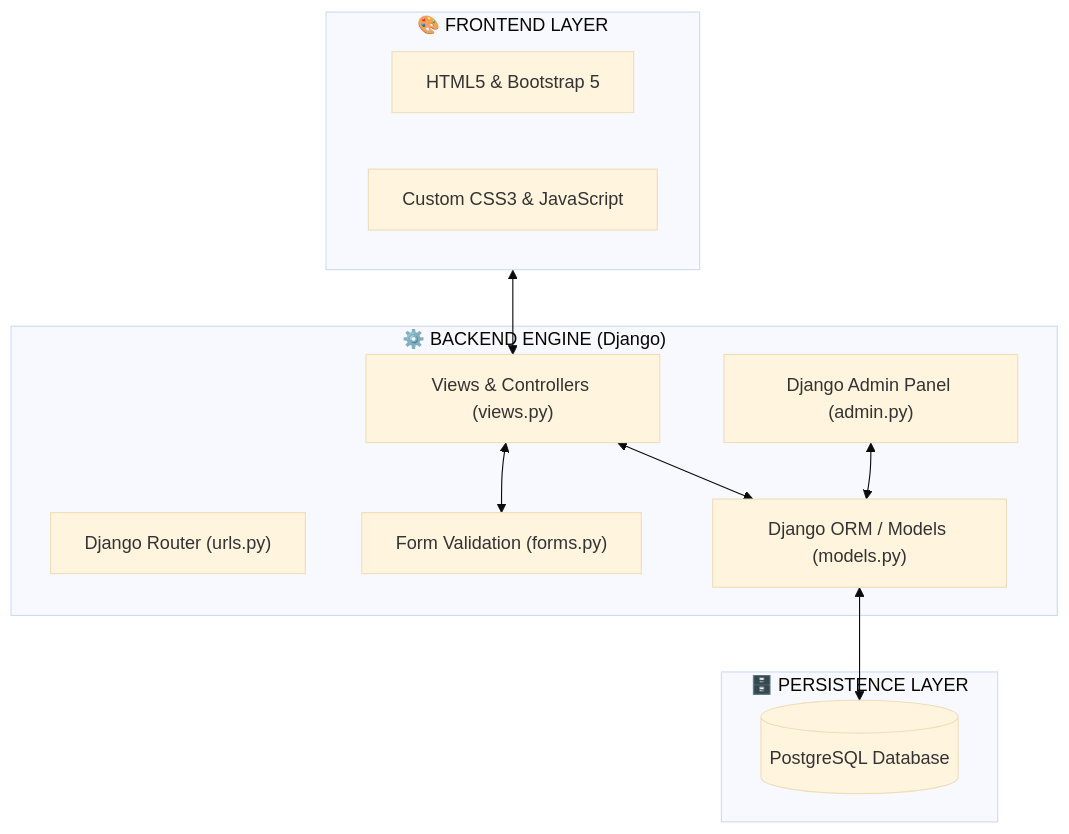
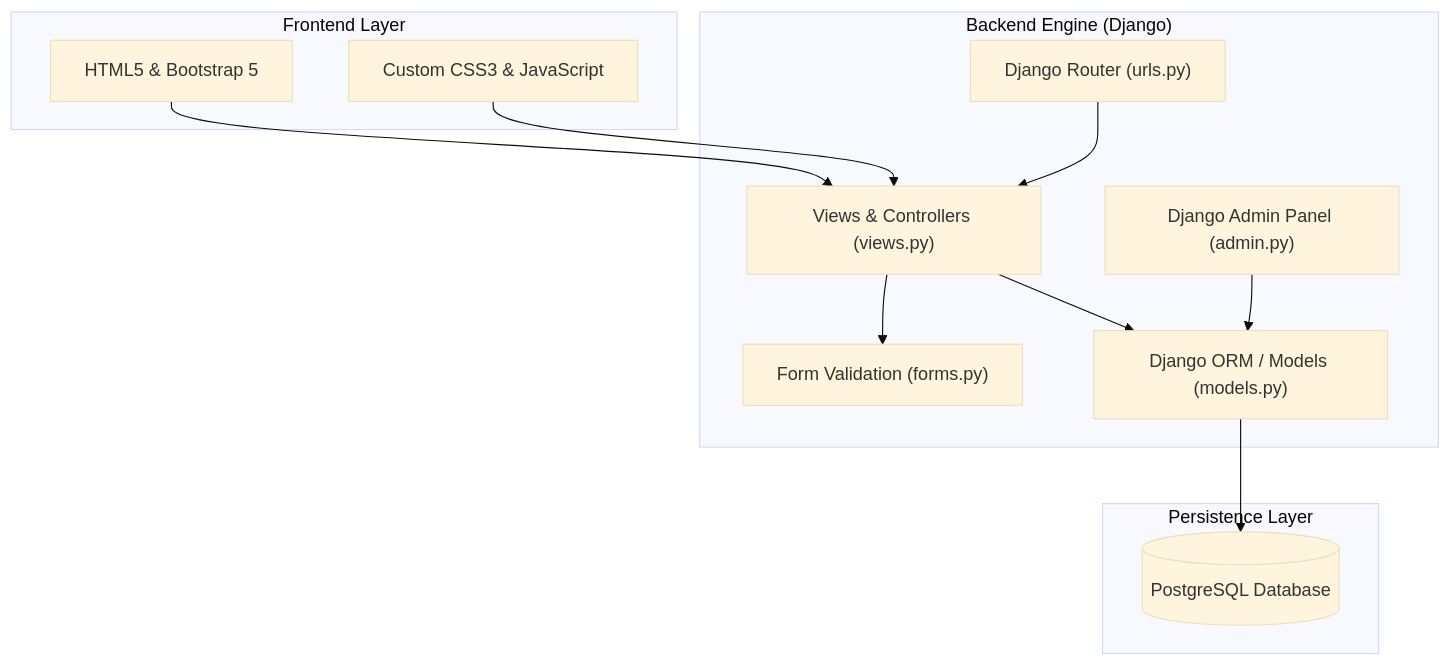
The first of 2 diagrams in README.md (foysalpranto121/Course_Tracker), drawn with Mermaid (base theme) before and after one commit. The commit also changed other lines of this file, not shown here.

````diff
--- a/README.md
+++ b/README.md
@@ -34,25 +34,27 @@
 ```mermaid
 flowchart TD
-    subgraph FRONTEND ["🎨 FRONTEND LAYER"]
+    subgraph FRONTEND["Frontend Layer"]
         UI["HTML5 & Bootstrap 5"]
         ST["Custom CSS3 & JavaScript"]
     end
 
-    subgraph BACKEND ["⚙️ BACKEND ENGINE (Django)"]
+    subgraph BACKEND["Backend Engine (Django)"]
         URL["Django Router (urls.py)"]
         VIEW["Views & Controllers (views.py)"]
         FORM["Form Validation (forms.py)"]
         MDL["Django ORM / Models (models.py)"]
         ADM["Django Admin Panel (admin.py)"]
     end
 
-    subgraph DATABASE ["🗄️ PERSISTENCE LAYER"]
+    subgraph DATABASE["Persistence Layer"]
         DB[("PostgreSQL Database")]
     end
 
-    FRONTEND <--> VIEW
-    VIEW <--> FORM
-    VIEW <--> MDL
-    MDL <--> DB
-    ADM <--> MDL
+    UI --> VIEW
+    ST --> VIEW
+    URL --> VIEW
+    VIEW --> FORM
+    VIEW --> MDL
+    MDL --> DB
+    ADM --> MDL
 ```
````
